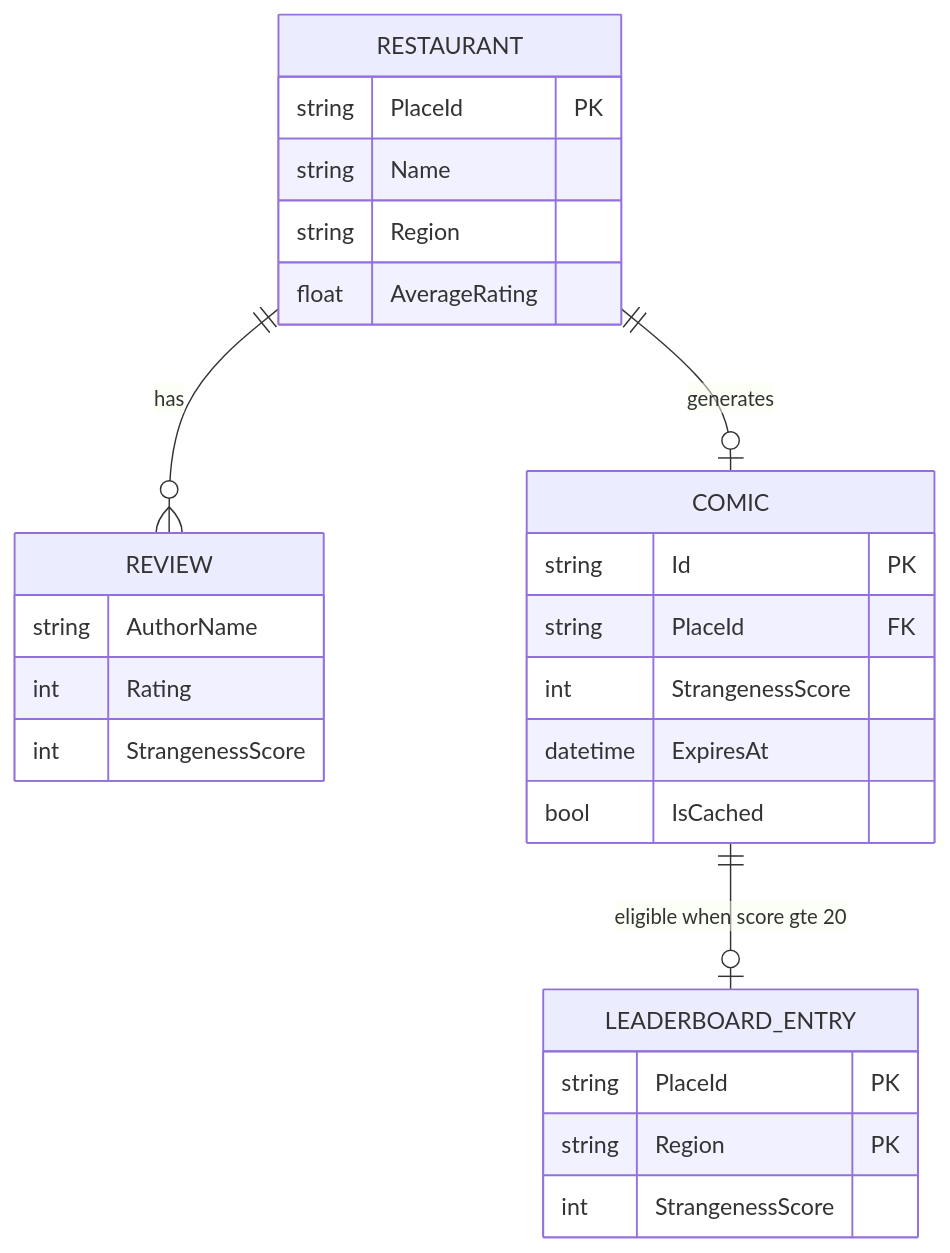
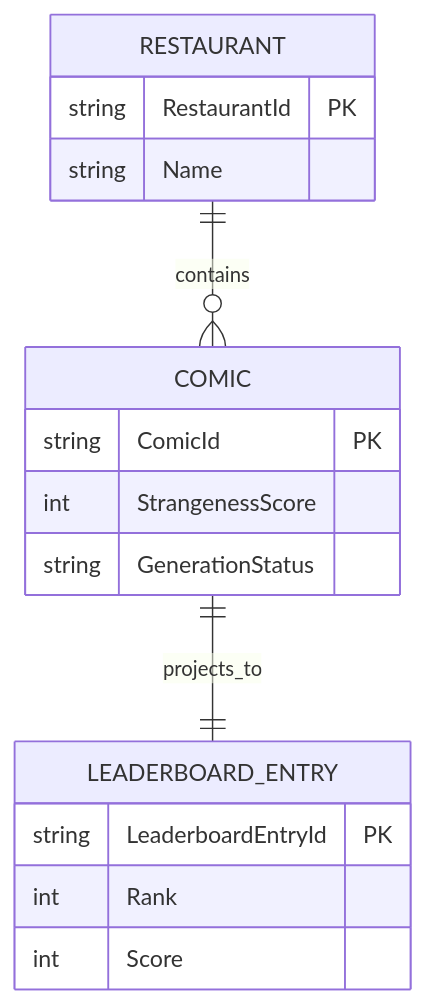
Before and after one commit to punkouter26/PoSeeReview: the diagram in docs/DataModel_SIMPLE.mmd, drawn with Mermaid. The commit also changed 56 other files, not shown here.

```diff
--- a/docs/DataModel_SIMPLE.mmd
+++ b/docs/DataModel_SIMPLE.mmd
@@ -1,31 +1,20 @@
 erDiagram
+  RESTAURANT ||--o{ COMIC : "contains"
+  COMIC ||--|| LEADERBOARD_ENTRY : "projects_to"
+
   RESTAURANT {
-    string PlaceId PK
+    string RestaurantId PK
     string Name
-    string Region
-    float AverageRating
-  }
-
-  REVIEW {
-    string AuthorName
-    int Rating
-    int StrangenessScore
   }
 
   COMIC {
-    string Id PK
-    string PlaceId FK
+    string ComicId PK
     int StrangenessScore
-    datetime ExpiresAt
-    bool IsCached
+    string GenerationStatus
   }
 
   LEADERBOARD_ENTRY {
-    string PlaceId PK
-    string Region PK
-    int StrangenessScore
+    string LeaderboardEntryId PK
+    int Rank
+    int Score
   }
-
-  RESTAURANT ||--o{ REVIEW : "has"
-  RESTAURANT ||--o| COMIC : "generates"
-  COMIC ||--o| LEADERBOARD_ENTRY : "eligible when score gte 20"
```
